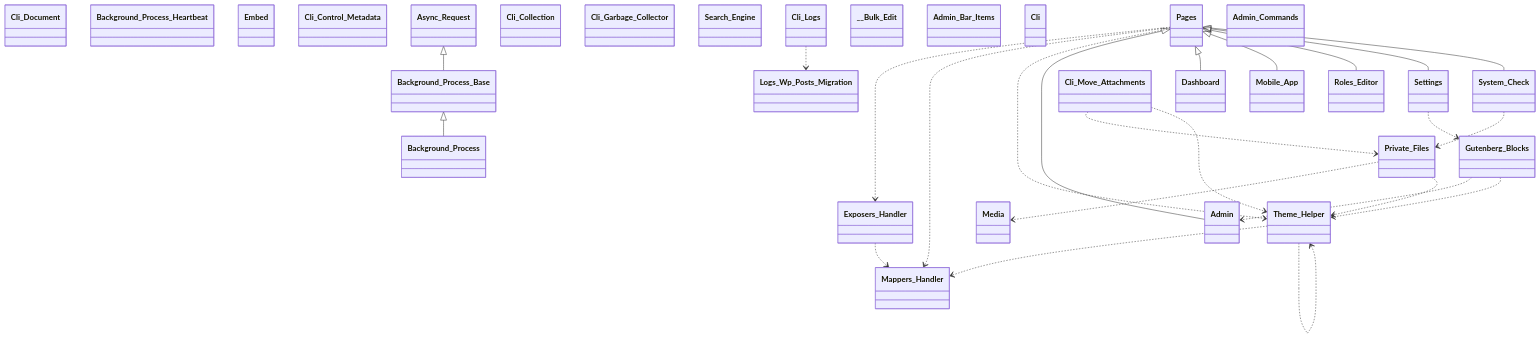
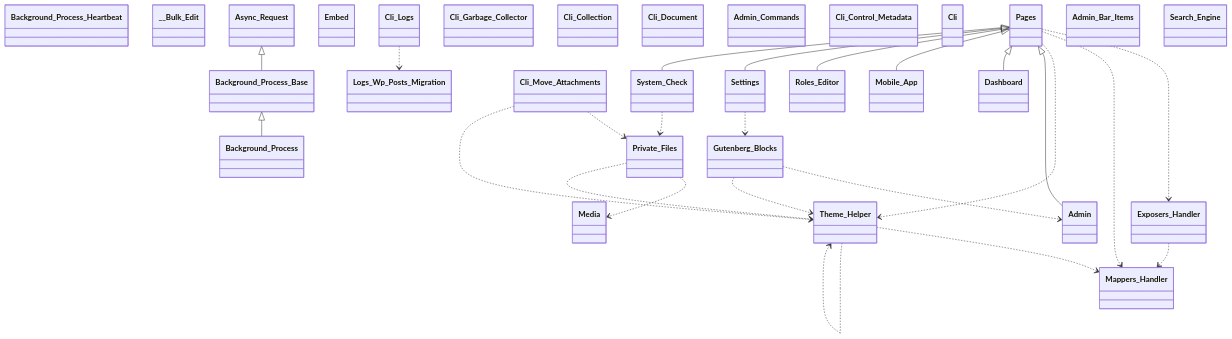
The first of 13 diagrams in docs/phpdoc/Home.md (tainacan/tainacan), drawn with Mermaid before and after one commit. The commit also changed other lines of this file and 73 other files, not shown here.

````diff
--- a/docs/phpdoc/Home.md
+++ b/docs/phpdoc/Home.md
@@ -125,57 +125,57 @@
 ```mermaid
 classDiagram
     direction TB
-    class Dashboard { }
-    class Exposers_Handler { }
-    class Cli_Document { }
     class Background_Process_Heartbeat { }
-    class Media { }
+    class Private_Files { }
+    class __Bulk_Edit { }
+    class Async_Request { }
+    class Roles_Editor { }
+    class Mappers_Handler { }
+    class System_Check { }
     class Embed { }
-    class Admin { }
-    class Cli_Control_Metadata { }
     class Background_Process { }
-    class Settings { }
-    class Pages { }
-    class Roles_Editor { }
-    class Cli_Collection { }
-    class Cli_Garbage_Collector { }
-    class Search_Engine { }
-    class Async_Request { }
-    class Theme_Helper { }
-    class Background_Process_Base { }
-    class Mappers_Handler { }
-    class Mobile_App { }
-    class __Bulk_Edit { }
-    class Admin_Bar_Items { }
-    class Cli { }
-    class Private_Files { }
-    class Gutenberg_Blocks { }
+    class Cli_Move_Attachments { }
     class Logs_Wp_Posts_Migration { }
     class Cli_Logs { }
+    class Gutenberg_Blocks { }
+    class Cli_Garbage_Collector { }
+    class Cli_Collection { }
+    class Admin { }
+    class Background_Process_Base { }
+    class Mobile_App { }
+    class Cli_Document { }
+    class Settings { }
     class Admin_Commands { }
-    class Cli_Move_Attachments { }
-    class System_Check { }
+    class Cli_Control_Metadata { }
+    class Cli { }
+    class Theme_Helper { }
+    class Pages { }
+    class Dashboard { }
+    class Admin_Bar_Items { }
+    class Media { }
+    class Search_Engine { }
+    class Exposers_Handler { }
     Async_Request <|-- Background_Process_Base
     Background_Process_Base <|-- Background_Process
     Cli_Logs ..> Logs_Wp_Posts_Migration
     Cli_Move_Attachments ..> Private_Files
     Cli_Move_Attachments ..> Theme_Helper
     Exposers_Handler ..> Mappers_Handler
     Gutenberg_Blocks ..> Admin
     Gutenberg_Blocks ..> Theme_Helper
     Pages ..> Exposers_Handler
     Pages ..> Mappers_Handler
     Pages ..> Theme_Helper
     Pages <|-- Admin
     Pages <|-- Dashboard
     Pages <|-- Mobile_App
     Pages <|-- Roles_Editor
     Pages <|-- Settings
     Pages <|-- System_Check
     Private_Files ..> Media
     Private_Files ..> Theme_Helper
     Settings ..> Gutenberg_Blocks
     System_Check ..> Private_Files
     Theme_Helper ..> Mappers_Handler
     Theme_Helper ..> Theme_Helper
 ```
````
